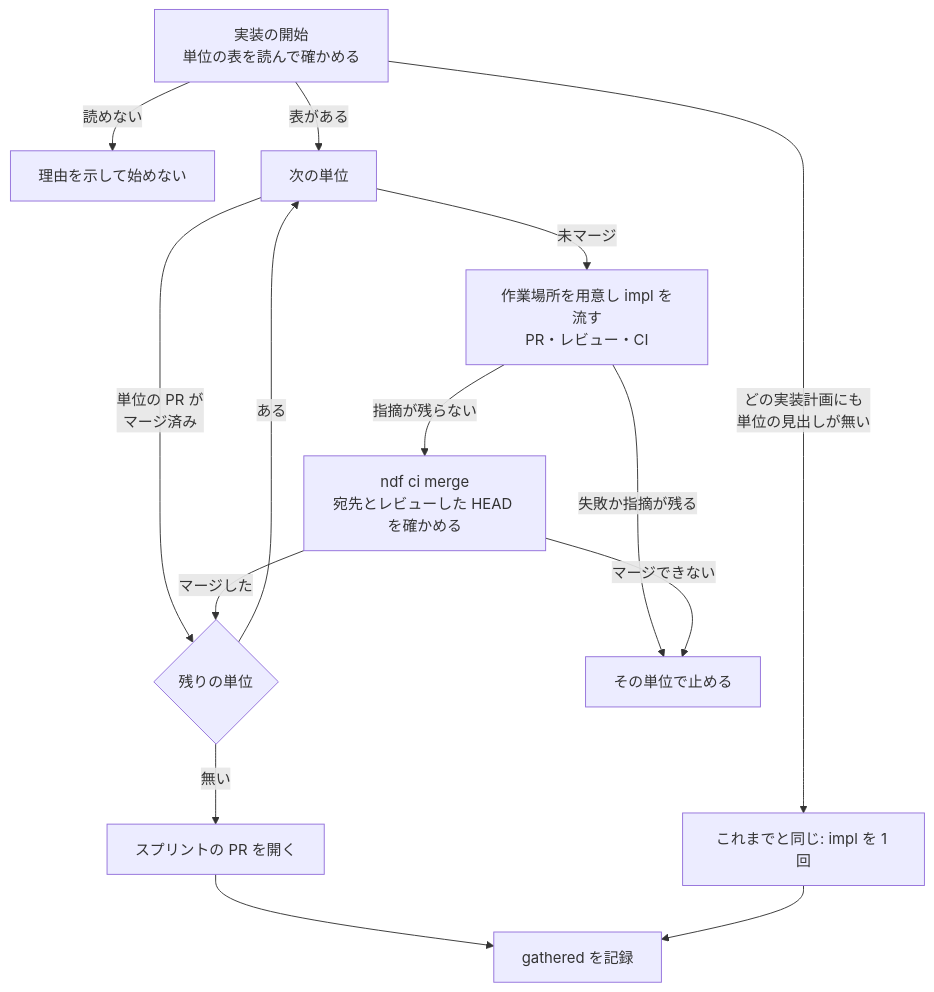
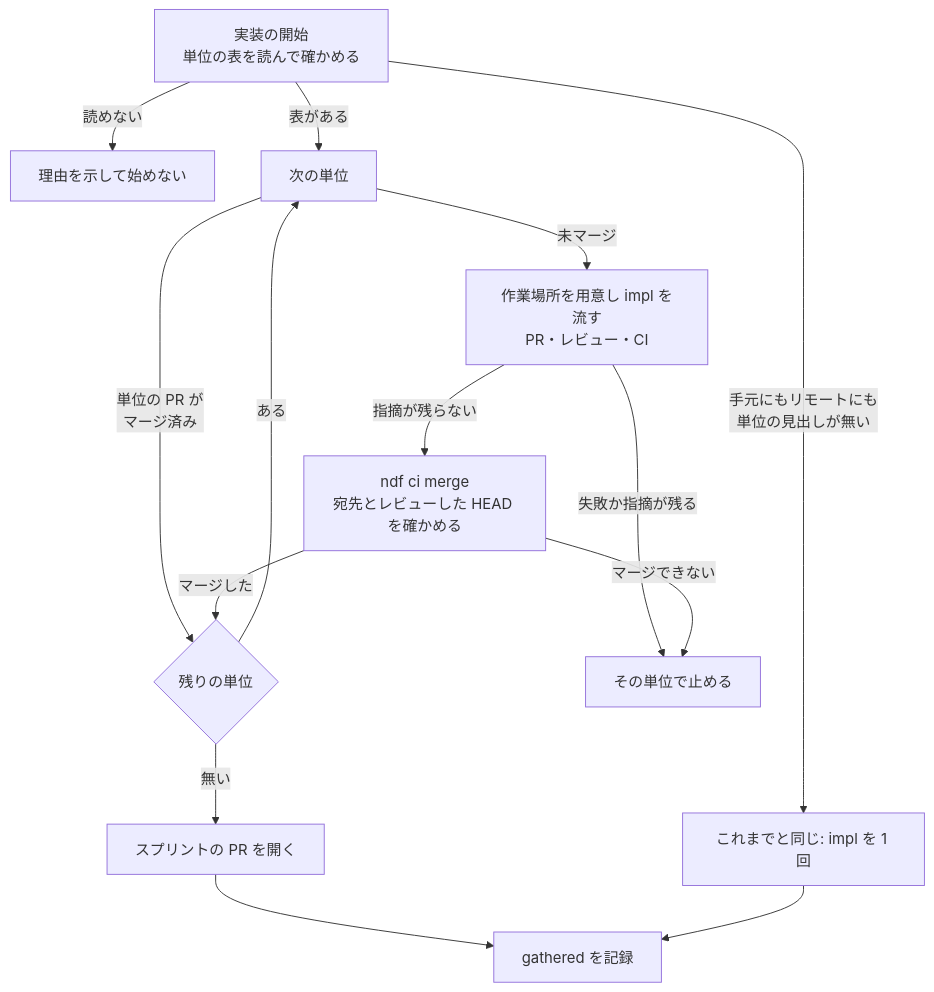
The second of 3 diagrams in issues/issue-4369-design.md (devbasex/ai-plugins), drawn with Mermaid before and after one commit. The commit also changed other lines of this file and 1 other file, not shown here.

````diff
--- a/issues/issue-4369-design.md
+++ b/issues/issue-4369-design.md
@@ -73,16 +73,16 @@
 ```mermaid
 flowchart TB
-  S["実装の開始<br/>単位の表を読んで確かめる"] -->|どの実装計画にも<br/>単位の見出しが無い| OLD["これまでと同じ: impl を 1 回"]
+  S["実装の開始<br/>単位の表を読んで確かめる"] -->|手元にもリモートにも<br/>単位の見出しが無い| OLD["これまでと同じ: impl を 1 回"]
   S -->|読めない| STOP["理由を示して始めない"]
   S -->|表がある| U["次の単位"]
   U -->|単位の PR が<br/>マージ済み| N{"残りの単位"}
   U -->|未マージ| PL["作業場所を用意し impl を流す<br/>PR・レビュー・CI"]
   PL -->|失敗か指摘が残る| STOP2["その単位で止める"]
   PL -->|指摘が残らない| M["ndf ci merge<br/>宛先とレビューした HEAD を確かめる"]
   M -->|マージできない| STOP2
   M -->|マージした| N
   N -->|ある| U
   N -->|無い| PR["スプリントの PR を開く"]
   PR --> G["gathered を記録"]
   OLD --> G
 ```
````
